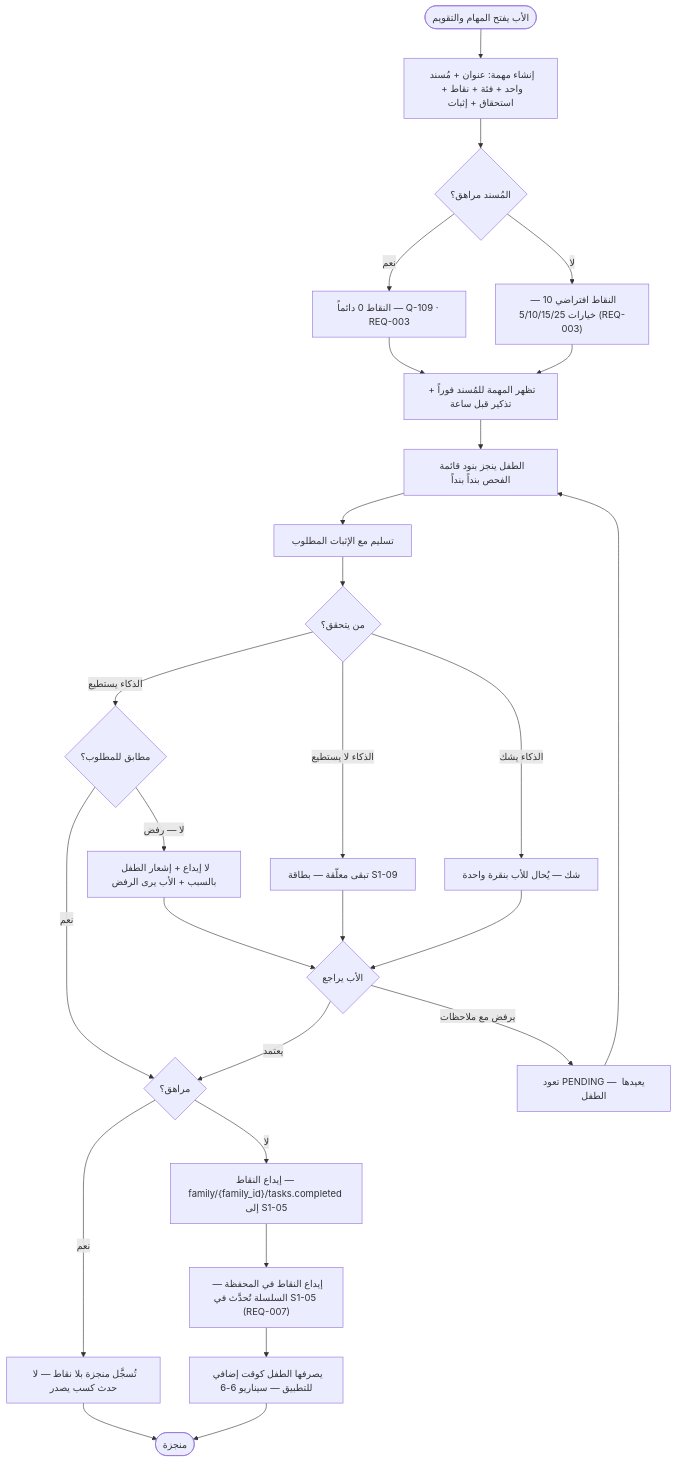
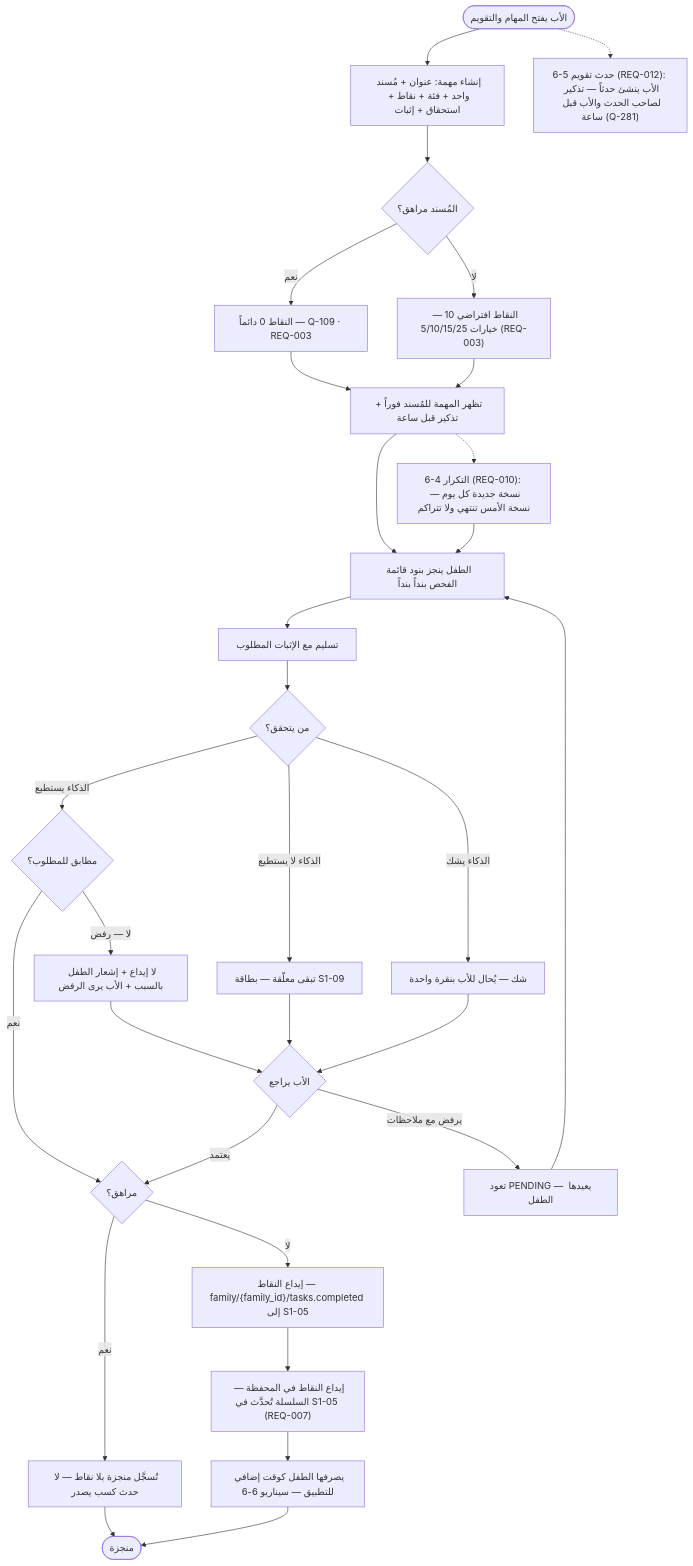
Diagram 11 of 13 in docs/family-os/governance/phases/phase-1/S1-06-tasks-and-calendar/DIAGRAMS.md (Bassam-mohammed-alqaeadi/family-os-v2), drawn with Mermaid before and after one commit. The commit also changed other lines of this file and 8 other files, not shown here.

````diff
--- a/docs/family-os/governance/phases/phase-1/S1-06-tasks-and-calendar/DIAGRAMS.md
+++ b/docs/family-os/governance/phases/phase-1/S1-06-tasks-and-calendar/DIAGRAMS.md
@@ -396,29 +423,32 @@
 ```mermaid
 flowchart TD
     Start([الأب يفتح المهام والتقويم]) --> Create[إنشاء مهمة: عنوان + مُسند واحد + فئة + نقاط + استحقاق + إثبات]
     Create --> TeenQ{المُسند مراهق؟}
     TeenQ -->|نعم| Zero[النقاط 0 دائماً — Q-109 · REQ-003]
     TeenQ -->|لا| Points["النقاط افتراضي 10 — خيارات 5/10/15/25 (REQ-003)"]
     Zero --> Show[تظهر المهمة للمُسند فوراً + تذكير قبل ساعة]
     Points --> Show
     Show --> Do[الطفل ينجز بنود قائمة الفحص بنداً بنداً]
     Do --> Submit[تسليم مع الإثبات المطلوب]
     Submit --> Who{من يتحقق؟}
     Who -->|الذكاء يستطيع| AIOK{مطابق للمطلوب؟}
     AIOK -->|نعم| TeenCheck{مراهق؟}
     AIOK -->|لا — رفض| Notify[لا إيداع + إشعار الطفل بالسبب + الأب يرى الرفض]
     Who -->|الذكاء لا يستطيع| Pending[تبقى معلّقة — بطاقة S1-09]
     Who -->|الذكاء يشك| Doubt[شك — يُحال للأب بنقرة واحدة]
     Doubt --> FatherRev
     Pending --> FatherRev{الأب يراجع}
     FatherRev -->|يعتمد| TeenCheck
     FatherRev -->|يرفض مع ملاحظات| Back[تعود PENDING — يعيدها الطفل]
     Back --> Do
     Notify --> FatherRev
     TeenCheck -->|نعم| NoEvent[تُسجَّل منجزة بلا نقاط — لا حدث كسب يصدر]
     TeenCheck -->|لا| Deposit["إيداع النقاط — family/{family_id}/tasks.completed إلى S1-05"]
     Deposit --> Streak["إيداع النقاط في المحفظة — السلسلة تُحدَّث في S1-05 (REQ-007)"]
     Streak --> Spend[يصرفها الطفل كوقت إضافي للتطبيق — سيناريو 6-6]
     NoEvent --> End([منجزة])
     Spend --> End
+    Show -.-> Recur["6-4 التكرار (REQ-010): نسخة جديدة كل يوم — نسخة الأمس تنتهي ولا تتراكم"]
+    Recur --> Do
+    Start -.-> CalEv["6-5 حدث تقويم (REQ-012): الأب ينشئ حدثاً — تذكير لصاحب الحدث والأب قبل ساعة (Q-281)"]
 ```
````
